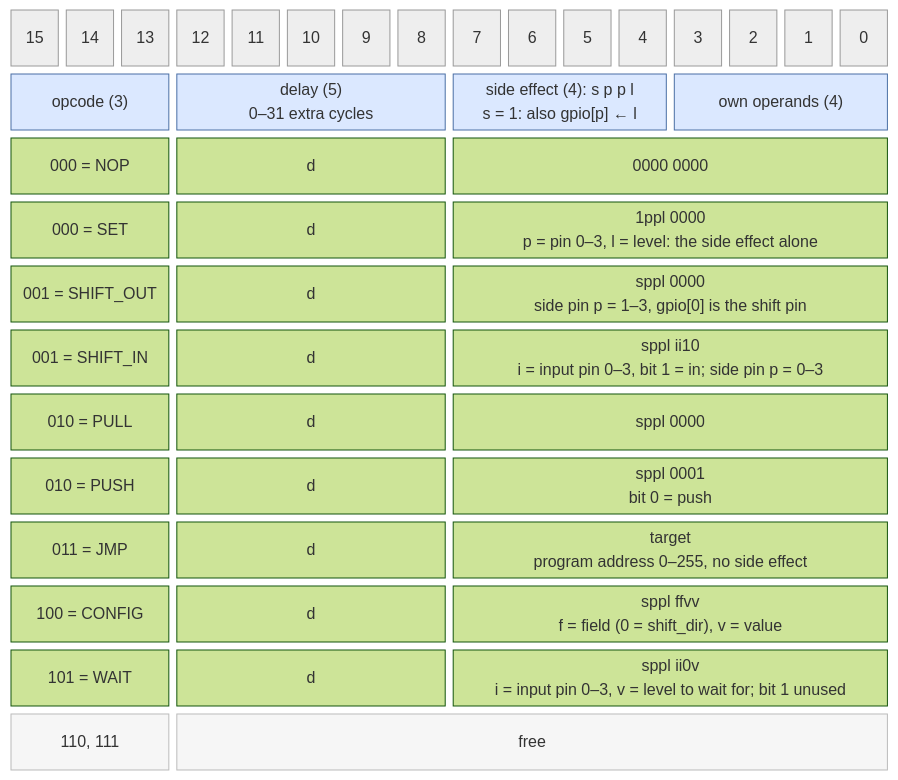
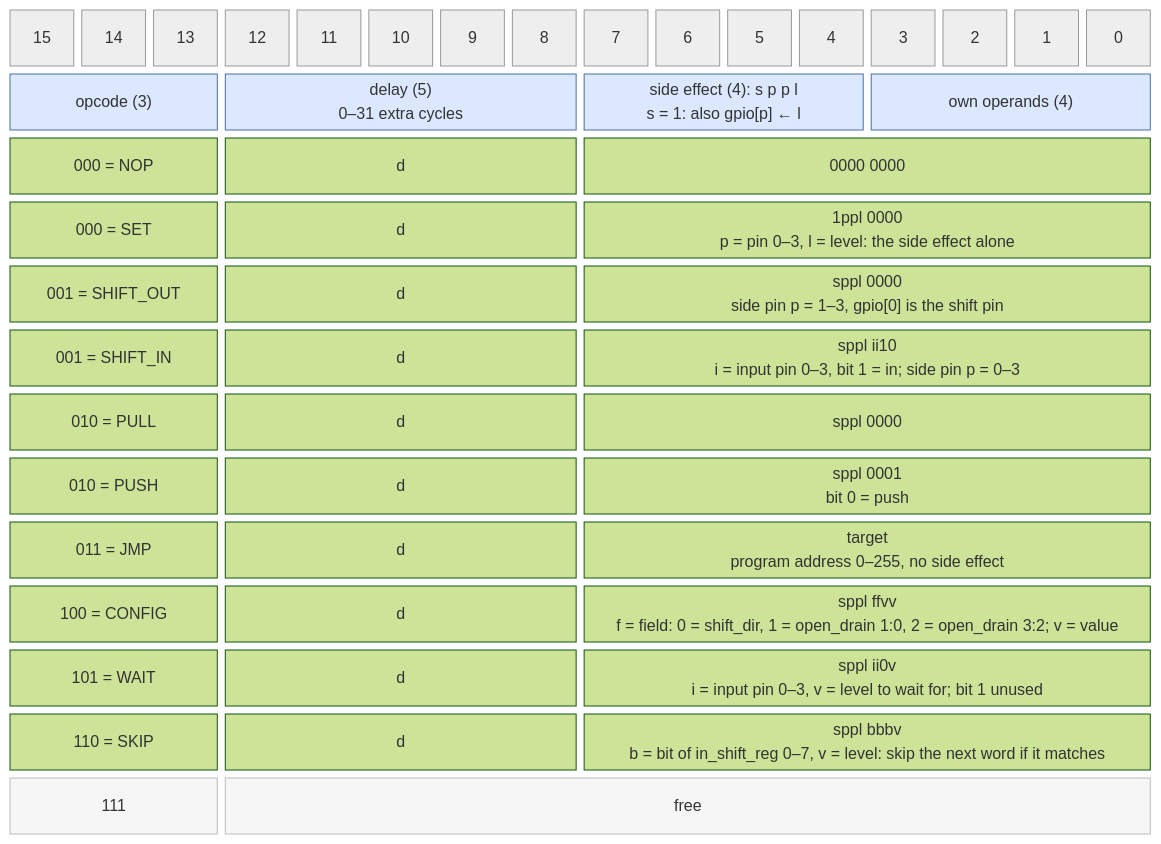
One commit to cshieldsce/smallcore changed the diagram in docs/isa_encoding.mmd. Above: the diagram before and after it, drawn with Mermaid (forest theme). The commit also changed 11 other files, not shown here.

Commit message:
update diagrams for open drain pins, the config fields and skip

```diff
--- a/docs/isa_encoding.mmd
+++ b/docs/isa_encoding.mmd
@@ -1,22 +1,23 @@
 block-beta
   columns 16
   b15["15"] b14["14"] b13["13"] b12["12"] b11["11"] b10["10"] b9["9"] b8["8"]
   b7["7"] b6["6"] b5["5"] b4["4"] b3["3"] b2["2"] b1["1"] b0["0"]
   opcode["opcode (3)"]:3 delay["delay (5)<br/>0–31 extra cycles"]:5 side["side effect (4): s p p l<br/>s = 1: also gpio[p] ← l"]:4 own["own operands (4)"]:4
   nop["000 = NOP"]:3 nopd["d"]:5 nopop["0000 0000"]:8
   set["000 = SET"]:3 setd["d"]:5 setop["1ppl 0000<br/>p = pin 0–3, l = level: the side effect alone"]:8
   shift["001 = SHIFT_OUT"]:3 shiftd["d"]:5 shiftop["sppl 0000<br/>side pin p = 1–3, gpio[0] is the shift pin"]:8
   shin["001 = SHIFT_IN"]:3 shind["d"]:5 shinop["sppl ii10<br/>i = input pin 0–3, bit 1 = in; side pin p = 0–3"]:8
   pull["010 = PULL"]:3 pulld["d"]:5 pullop["sppl 0000"]:8
   push["010 = PUSH"]:3 pushd["d"]:5 pushop["sppl 0001<br/>bit 0 = push"]:8
   jmp["011 = JMP"]:3 jmpd["d"]:5 jmpop["target<br/>program address 0–255, no side effect"]:8
-  cfg["100 = CONFIG"]:3 cfgd["d"]:5 cfgop["sppl ffvv<br/>f = field (0 = shift_dir), v = value"]:8
+  cfg["100 = CONFIG"]:3 cfgd["d"]:5 cfgop["sppl ffvv<br/>f = field: 0 = shift_dir, 1 = open_drain 1:0, 2 = open_drain 3:2; v = value"]:8
   wait["101 = WAIT"]:3 waitd["d"]:5 waitop["sppl ii0v<br/>i = input pin 0–3, v = level to wait for; bit 1 unused"]:8
-  free["110, 111"]:3 freed["free"]:13
+  skip["110 = SKIP"]:3 skipd["d"]:5 skipop["sppl bbbv<br/>b = bit of in_shift_reg 0–7, v = level: skip the next word if it matches"]:8
+  free["111"]:3 freed["free"]:13
 
   classDef hdr fill:#eee,stroke:#999,color:#555
   classDef field fill:#dbe8ff,stroke:#4a6fa5
   classDef unused fill:#f6f6f6,stroke:#bbb,color:#888
   class b15,b14,b13,b12,b11,b10,b9,b8,b7,b6,b5,b4,b3,b2,b1,b0 hdr
   class opcode,delay,side,own field
   class free,freed unused
```
